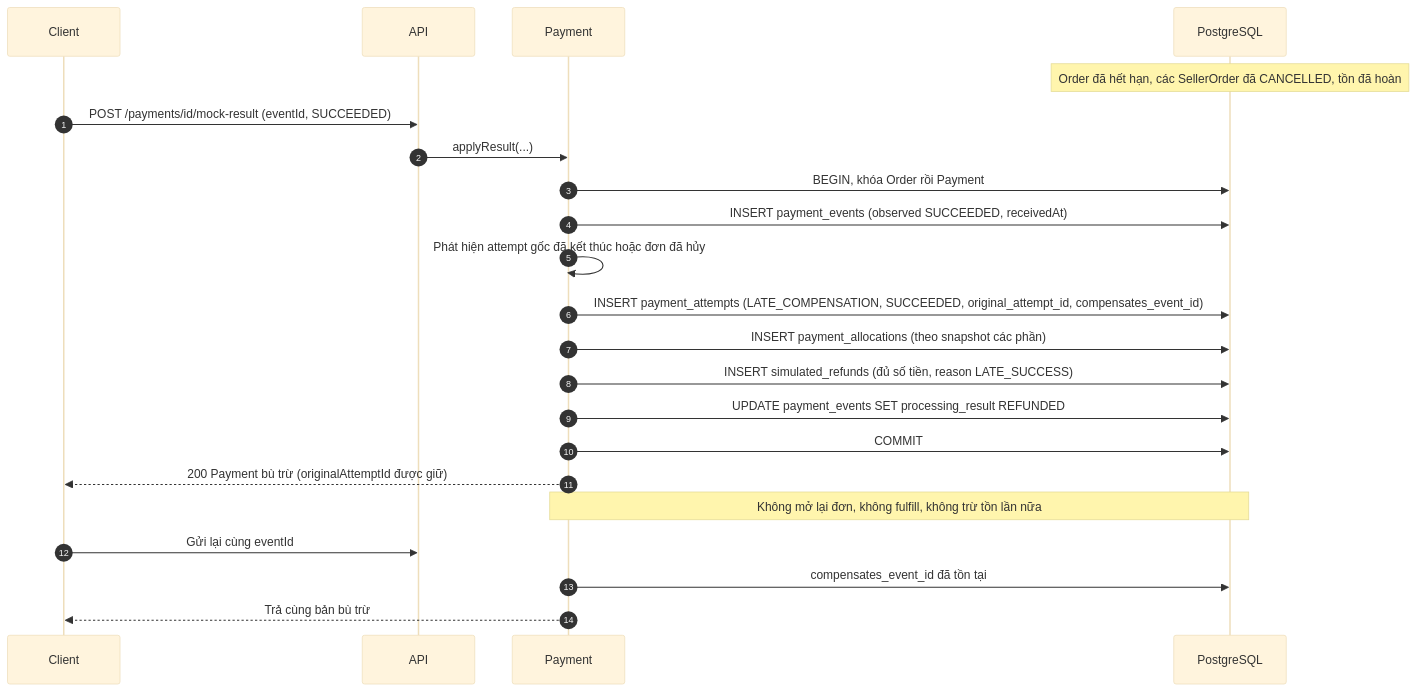
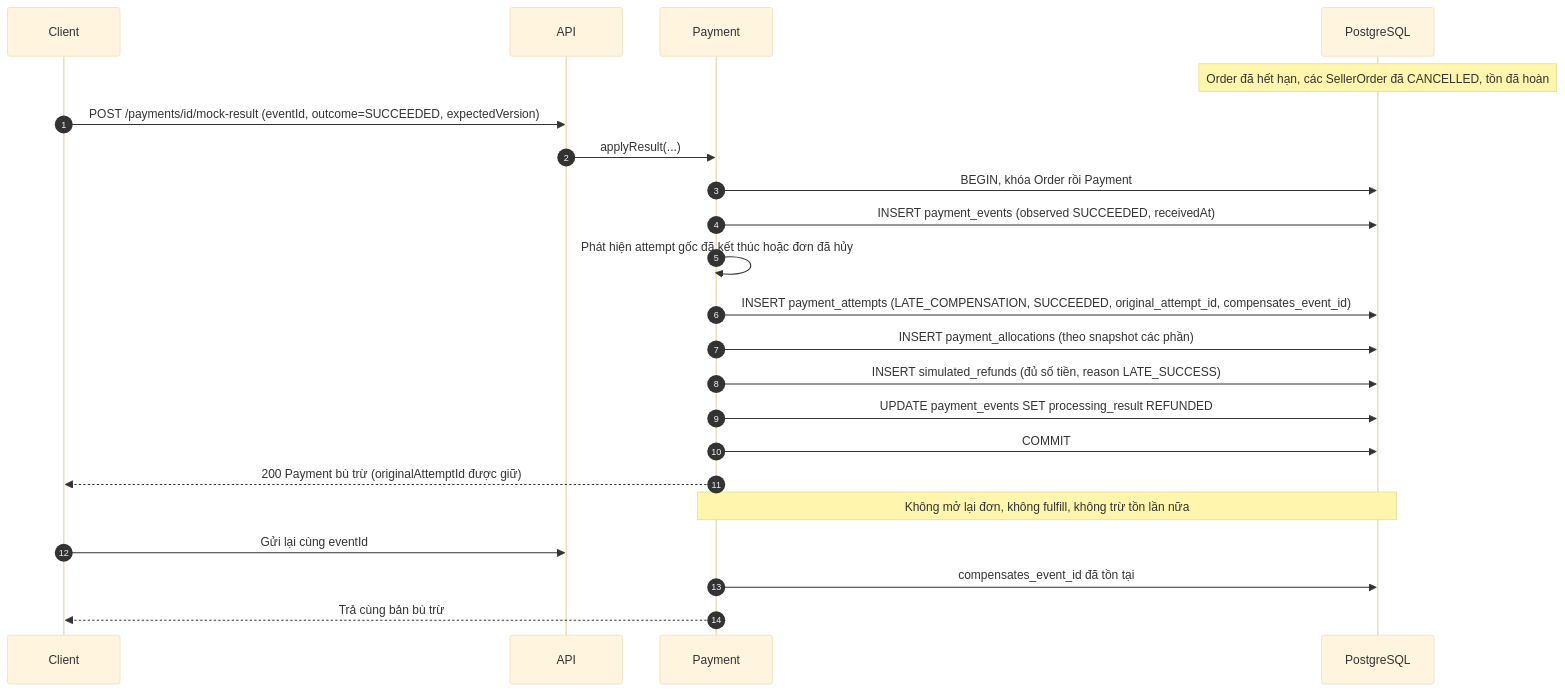
The eighth of 16 diagrams in docs/architecture/05-sequence.md (kietda623/do-an-cnpm), drawn with Mermaid (base theme) before and after one commit. The commit also changed other lines of this file and 5 other files, not shown here.

Commit message:
docs(architecture): correct ERD relationships, API sequence details, and permission guidance

````diff
--- a/docs/architecture/05-sequence.md
+++ b/docs/architecture/05-sequence.md
@@ -417,26 +419,26 @@
 ```mermaid
 sequenceDiagram
   autonumber
   participant C as Client
   participant API as API
   participant PAY as Payment
   participant DB as PostgreSQL
 
   Note over DB: Order đã hết hạn, các SellerOrder đã CANCELLED, tồn đã hoàn
-  C->>API: POST /payments/id/mock-result (eventId, SUCCEEDED)
+  C->>API: POST /payments/id/mock-result (eventId, outcome=SUCCEEDED, expectedVersion)
   API->>PAY: applyResult(...)
   PAY->>DB: BEGIN, khóa Order rồi Payment
   PAY->>DB: INSERT payment_events (observed SUCCEEDED, receivedAt)
   PAY->>PAY: Phát hiện attempt gốc đã kết thúc hoặc đơn đã hủy
   PAY->>DB: INSERT payment_attempts (LATE_COMPENSATION, SUCCEEDED, original_attempt_id, compensates_event_id)
   PAY->>DB: INSERT payment_allocations (theo snapshot các phần)
   PAY->>DB: INSERT simulated_refunds (đủ số tiền, reason LATE_SUCCESS)
   PAY->>DB: UPDATE payment_events SET processing_result REFUNDED
   PAY->>DB: COMMIT
   PAY-->>C: 200 Payment bù trừ (originalAttemptId được giữ)
 
   Note over PAY,DB: Không mở lại đơn, không fulfill, không trừ tồn lần nữa
   C->>API: Gửi lại cùng eventId
   PAY->>DB: compensates_event_id đã tồn tại
   PAY-->>C: Trả cùng bản bù trừ
 ```
````
